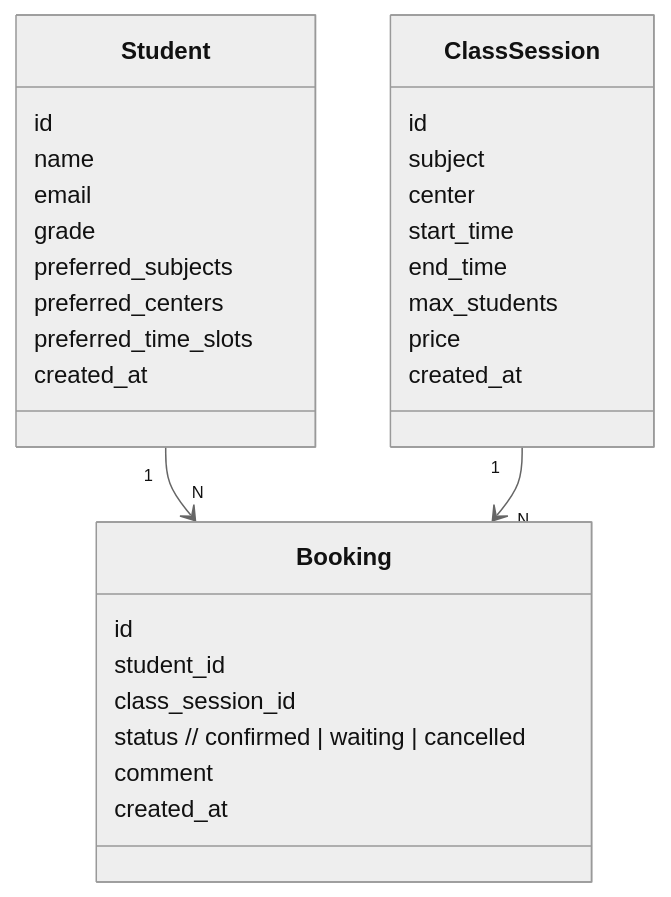
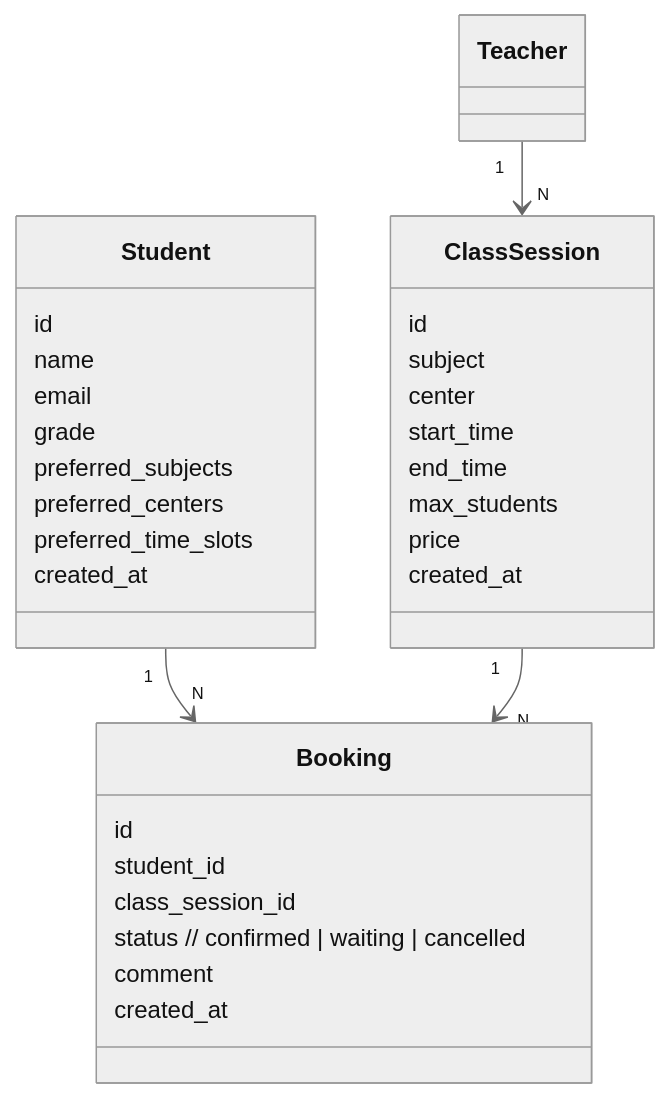
Before and after one commit to sunikko/laravel-class-booking-system: the diagram in docs/diagrams/erd.md, drawn with Mermaid (neutral theme). The commit also changed 1 other file, not shown here.

Commit message:
docs: split TR into API, schema, transaction, and test design

````diff
--- a/docs/diagrams/erd.md
+++ b/docs/diagrams/erd.md
@@ -1,37 +1,37 @@
 ```mermaid
 classDiagram
     class Student {
         id
         name
         email
         grade
         preferred_subjects
         preferred_centers
         preferred_time_slots
         created_at
     }
 
     class ClassSession {
         id
         subject
         center
         start_time
         end_time
         max_students
         price
         created_at
     }
 
     class Booking {
         id
         student_id
         class_session_id
         status  // confirmed | waiting | cancelled
         comment
         created_at
     }
 
     Student "1" --> "N" Booking
     ClassSession "1" --> "N" Booking
-
+    Teacher "1" --> "N" ClassSession
 ```
````
